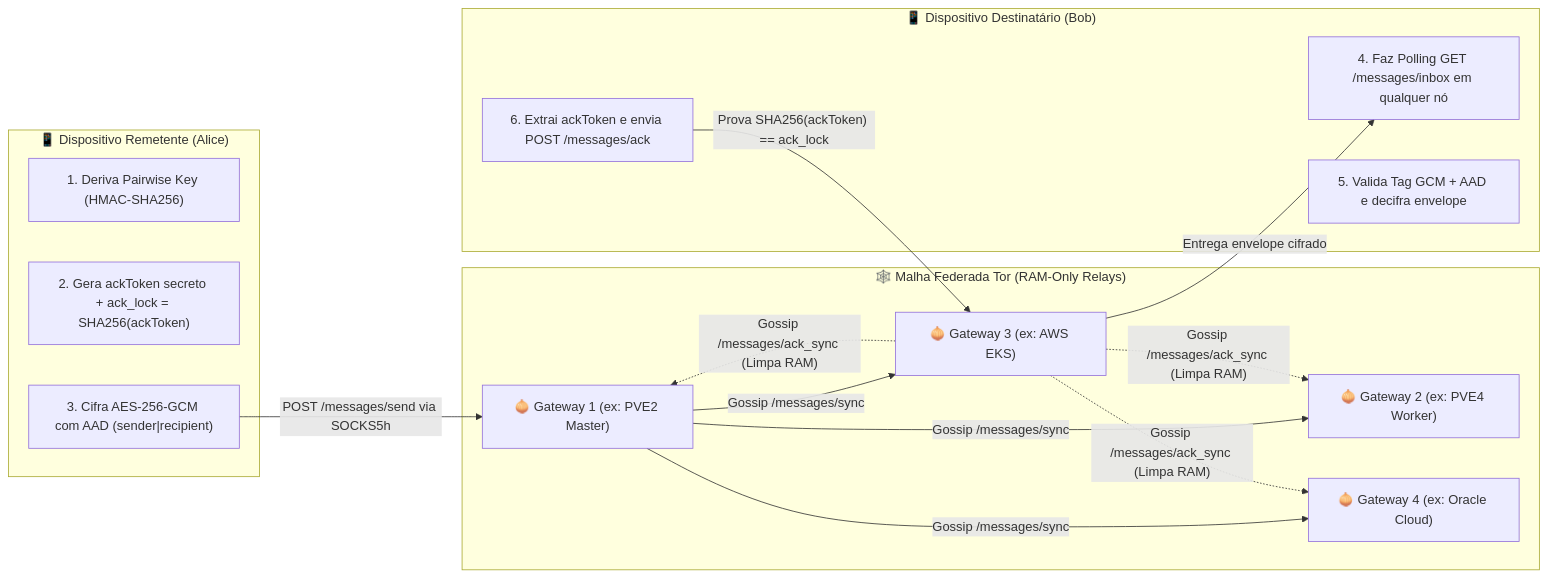
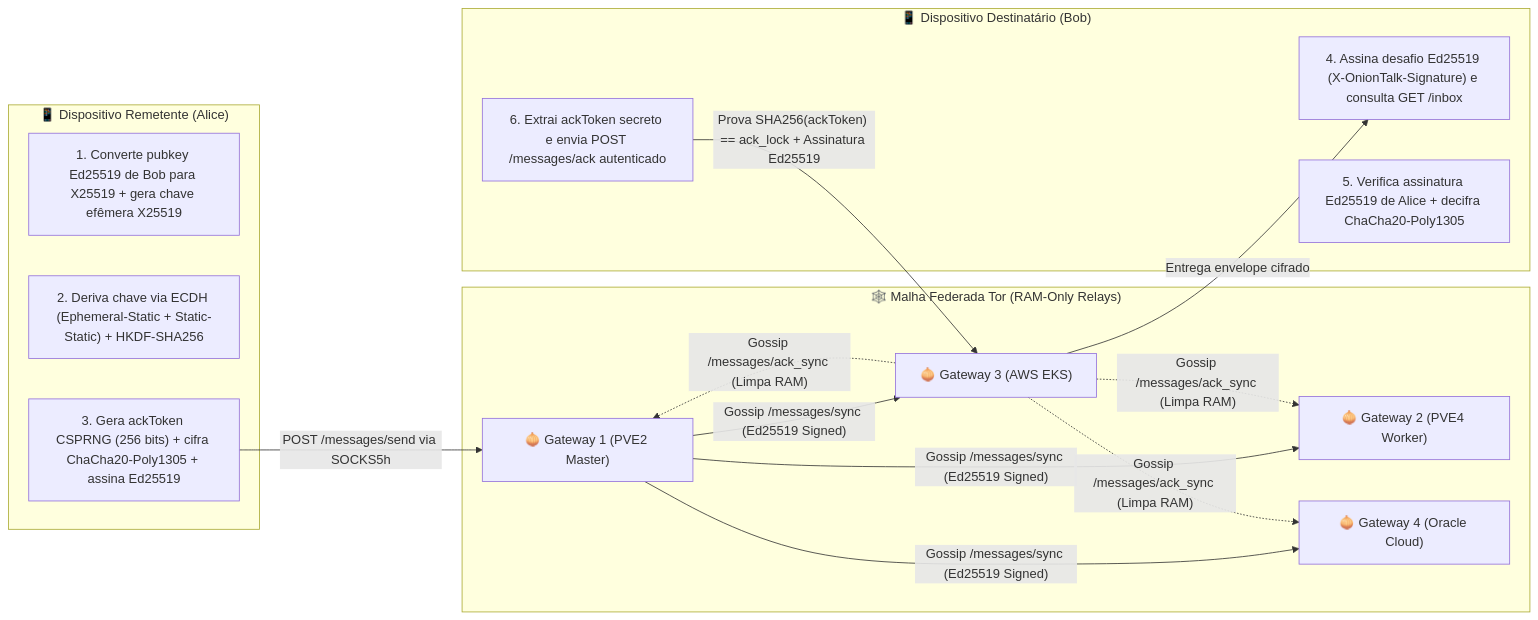
One commit to onion-talk/oniontalk-protocol changed the second of 2 diagrams in MANIFESTO.md. Above: the diagram before and after it, drawn with Mermaid. The commit also changed other lines of this file and 1 other file, not shown here.

Commit message:
security: remediate audit findings (X25519+ChaCha20-Poly1305+Ed25519 v2, inbox/peer auth, ACK lock, quotas & docs)

````diff
--- a/MANIFESTO.md
+++ b/MANIFESTO.md
@@ -69,29 +69,29 @@
 ```mermaid
 flowchart LR
     subgraph Alice["📱 Dispositivo Remetente (Alice)"]
-        A1["1. Deriva Pairwise Key (HMAC-SHA256)"]
-        A2["2. Gera ackToken secreto + ack_lock = SHA256(ackToken)"]
-        A3["3. Cifra AES-256-GCM com AAD (sender|recipient)"]
+        A1["1. Converte pubkey Ed25519 de Bob para X25519 + gera chave efêmera X25519"]
+        A2["2. Deriva chave via ECDH (Ephemeral-Static + Static-Static) + HKDF-SHA256"]
+        A3["3. Gera ackToken CSPRNG (256 bits) + cifra ChaCha20-Poly1305 + assina Ed25519"]
     end
 
     subgraph Mesh["🕸️ Malha Federada Tor (RAM-Only Relays)"]
-        R1["🧅 Gateway 1 (ex: PVE2 Master)"]
-        R2["🧅 Gateway 2 (ex: PVE4 Worker)"]
-        R3["🧅 Gateway 3 (ex: AWS EKS)"]
-        R4["🧅 Gateway 4 (ex: Oracle Cloud)"]
-        R1 -->|"Gossip /messages/sync"| R2
-        R1 -->|"Gossip /messages/sync"| R3
-        R1 -->|"Gossip /messages/sync"| R4
+        R1["🧅 Gateway 1 (PVE2 Master)"]
+        R2["🧅 Gateway 2 (PVE4 Worker)"]
+        R3["🧅 Gateway 3 (AWS EKS)"]
+        R4["🧅 Gateway 4 (Oracle Cloud)"]
+        R1 -->|"Gossip /messages/sync (Ed25519 Signed)"| R2
+        R1 -->|"Gossip /messages/sync (Ed25519 Signed)"| R3
+        R1 -->|"Gossip /messages/sync (Ed25519 Signed)"| R4
     end
 
     subgraph Bob["📱 Dispositivo Destinatário (Bob)"]
-        B1["4. Faz Polling GET /messages/inbox em qualquer nó"]
-        B2["5. Valida Tag GCM + AAD e decifra envelope"]
-        B3["6. Extrai ackToken e envia POST /messages/ack"]
+        B1["4. Assina desafio Ed25519 (X-OnionTalk-Signature) e consulta GET /inbox"]
+        B2["5. Verifica assinatura Ed25519 de Alice + decifra ChaCha20-Poly1305"]
+        B3["6. Extrai ackToken secreto e envia POST /messages/ack autenticado"]
     end
 
     A3 -->|"POST /messages/send via SOCKS5h"| R1
     R3 -->|"Entrega envelope cifrado"| B1
-    B3 -->|"Prova SHA256(ackToken) == ack_lock"| R3
+    B3 -->|"Prova SHA256(ackToken) == ack_lock + Assinatura Ed25519"| R3
     R3 -.->|"Gossip /messages/ack_sync (Limpa RAM)"| R1 & R2 & R4
 ```
````
